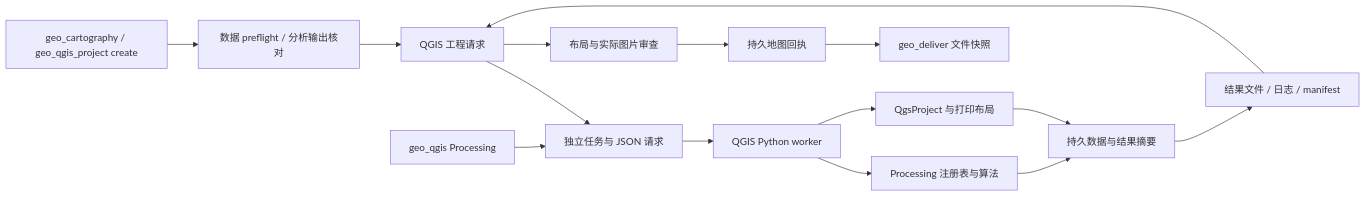
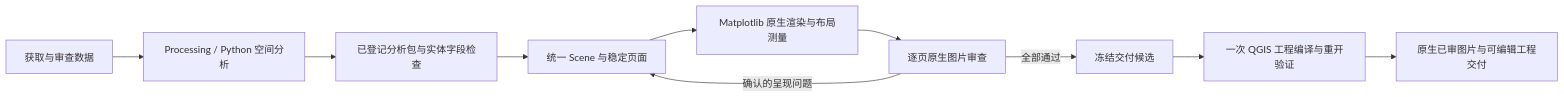
Before and after one commit to kevics1/GeoHarness: the diagram in architecture.md, drawn with Mermaid. The commit also changed other lines of this file and 48 other files, not shown here.

First line of the commit message:
Refactor native cartography and gate final editable QGIS export

````diff
--- a/architecture.md
+++ b/architecture.md
@@ -20,17 +14,12 @@
 ```mermaid
 flowchart LR
-    C[geo_cartography / geo_qgis_project create] --> F[数据 preflight / 分析输出核对]
-    F --> T[QGIS 工程请求]
-    T --> R[独立任务与 JSON 请求]
-    A[geo_qgis Processing] --> R
-    R --> W[QGIS Python worker]
-    W --> P[Processing 注册表与算法]
-    W --> Q[QgsProject 与打印布局]
-    P --> O[持久数据与结果摘要]
-    Q --> O
-    O --> M[结果文件 / 日志 / manifest]
-    M --> T
-    T --> D[布局与实际图片审查]
-    D --> J[持久地图回执]
-    J --> E[geo_deliver 文件快照]
+    D[获取与审查数据] --> A[Processing / Python 空间分析]
+    A --> F[已登记分析包与实体字段检查]
+    F --> S[统一 Scene 与稳定页面]
+    S --> R[Matplotlib 原生渲染与布局测量]
+    R --> V[逐页原生图片审查]
+    V -->|确认的呈现问题| S
+    V -->|全部通过| C[冻结交付候选]
+    C --> Q[一次 QGIS 工程编译与重开验证]
+    Q --> P[原生已审图片与可编辑工程交付]
 ```
````
